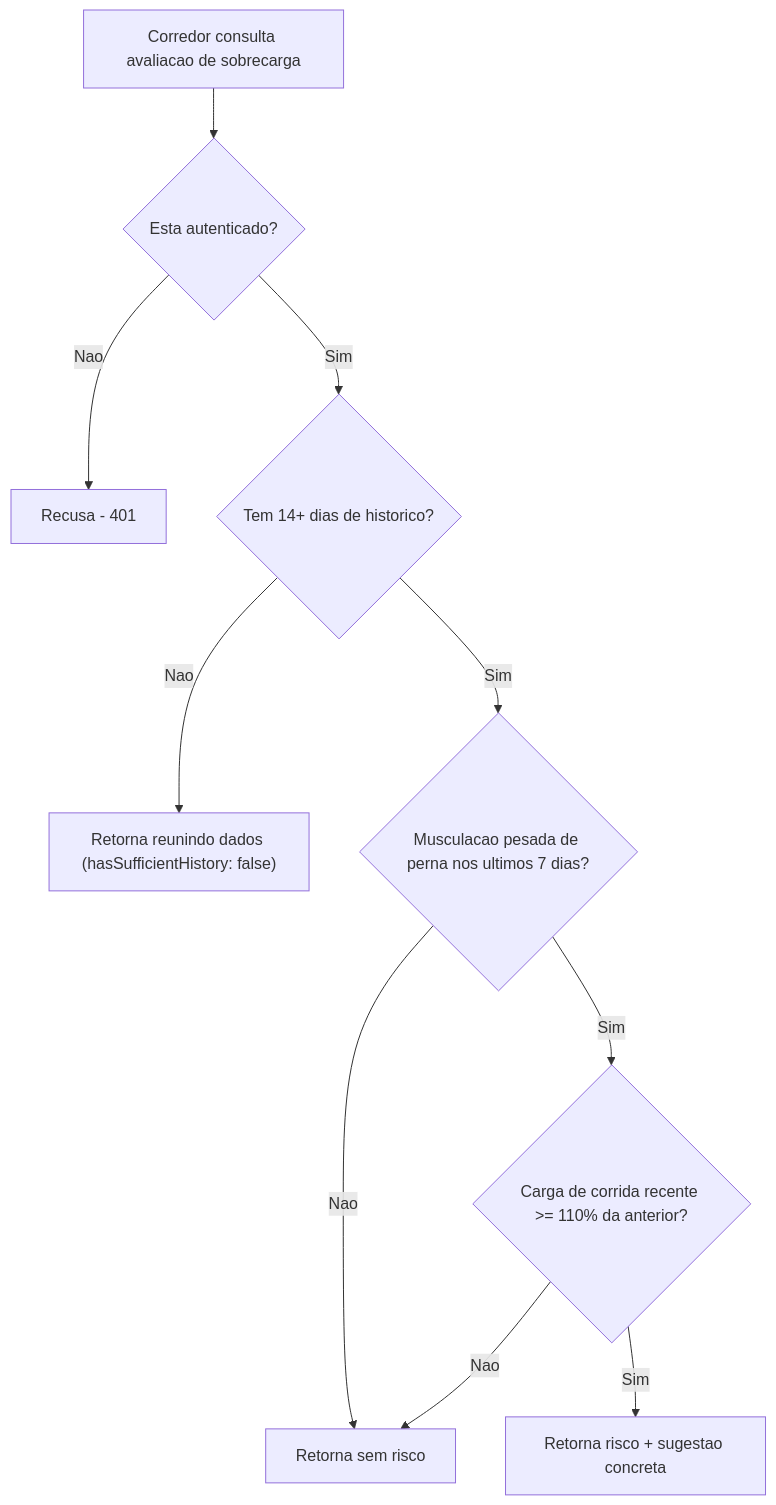
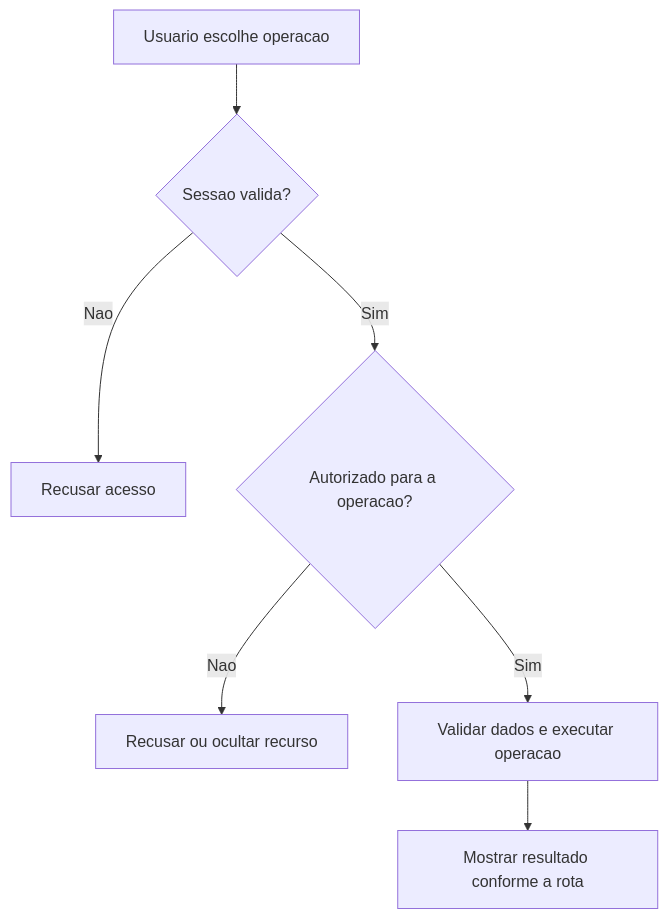
One commit to JoaoFPedro/steady-ia changed the second of 3 diagrams in DocumentAIReadme/Steady.Api/BusinessRulesDocs/Avaliacao-de-Sobrecarga-Sobrecarga-Rules.md. Above: the diagram before and after it, drawn with Mermaid. The commit also changed other lines of this file and 318 other files, not shown here.

````diff
--- a/DocumentAIReadme/Steady.Api/BusinessRulesDocs/Avaliacao-de-Sobrecarga-Sobrecarga-Rules.md
+++ b/DocumentAIReadme/Steady.Api/BusinessRulesDocs/Avaliacao-de-Sobrecarga-Sobrecarga-Rules.md
@@ -89,12 +98,9 @@
 ```mermaid
 flowchart TD
-    A[Corredor consulta avaliacao de sobrecarga] --> B{Esta autenticado?}
-    B -->|Nao| C[Recusa - 401]
-    B -->|Sim| D{Tem 14+ dias de historico?}
-    D -->|Nao| I["Retorna reunindo dados (hasSufficientHistory: false)"]
-    D -->|Sim| F{Musculacao pesada de perna nos ultimos 7 dias?}
-    F -->|Nao| E[Retorna sem risco]
-    F -->|Sim| G{Carga de corrida recente >= 110% da anterior?}
-    G -->|Nao| E
-    G -->|Sim| H[Retorna risco + sugestao concreta]
+    A[Usuario escolhe operacao] --> B{Sessao valida?}
+    B -->|Nao| C[Recusar acesso]
+    B -->|Sim| D{Autorizado para a operacao?}
+    D -->|Nao| E[Recusar ou ocultar recurso]
+    D -->|Sim| F[Validar dados e executar operacao]
+    F --> G[Mostrar resultado conforme a rota]
 ```
````
